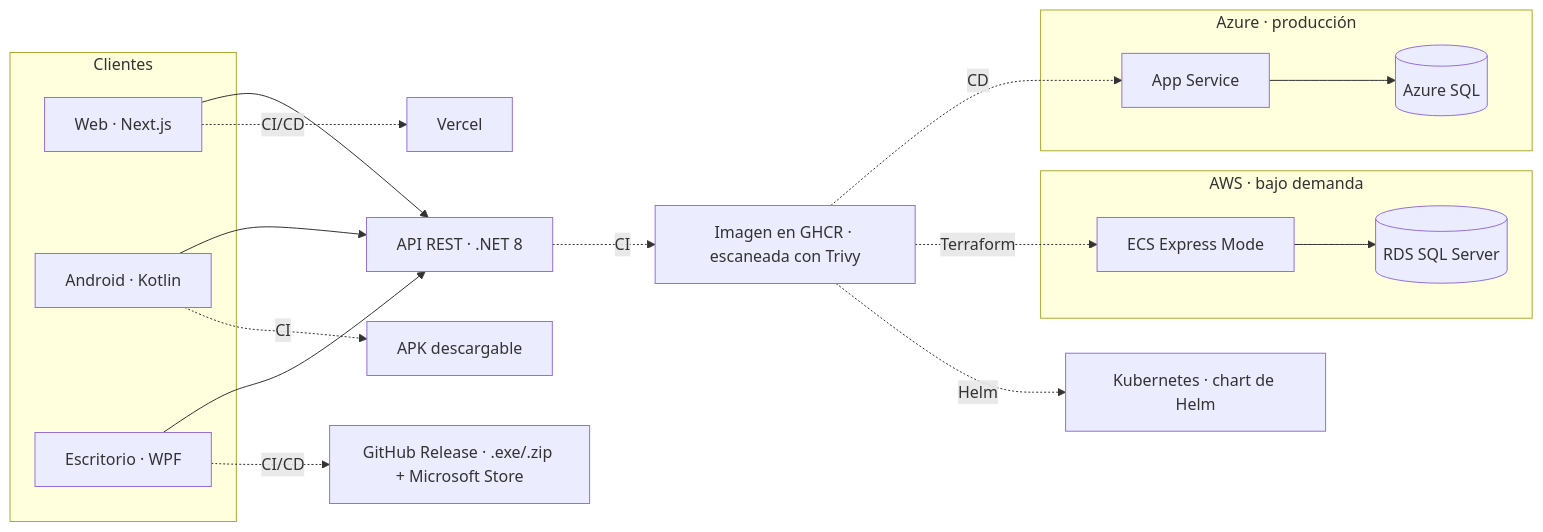
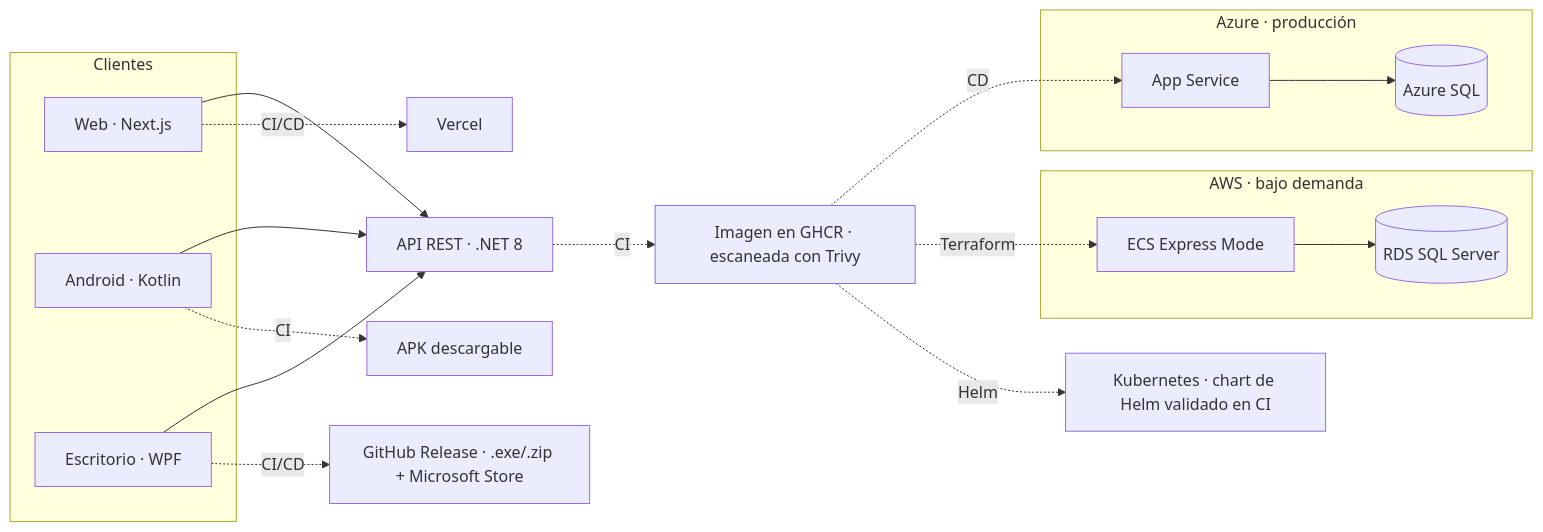
One commit to antonicr1986/antonicr1986 changed the second of 2 diagrams in README.md. Above: the diagram before and after it, drawn with Mermaid. The commit also changed other lines of this file, not shown here.

Commit message:
docs: describe Kubernetes as a CI-validated Helm chart, not a running cluster

````diff
--- a/README.md
+++ b/README.md
@@ -242,34 +242,34 @@
 ```mermaid
 flowchart LR
     subgraph Clientes
         WEB[Web · Next.js]
         AND[Android · Kotlin]
         DESK[Escritorio · WPF]
     end
 
     API[API REST · .NET 8]
 
     subgraph AZURE[Azure · producción]
         AZ[App Service]
         DB[(Azure SQL)]
     end
 
     subgraph AWSC[AWS · bajo demanda]
         ECS[ECS Express Mode]
         RDS[(RDS SQL Server)]
     end
 
     WEB --> API
     AND --> API
     DESK --> API
     AZ --> DB
     ECS --> RDS
 
     API -. CI .-> GHCR[Imagen en GHCR · escaneada con Trivy]
     GHCR -. CD .-> AZ
     GHCR -. Terraform .-> ECS
     WEB -. CI/CD .-> VER[Vercel]
     AND -. CI .-> APK[APK descargable]
     DESK -. CI/CD .-> REL[GitHub Release · .exe/.zip + Microsoft Store]
-    GHCR -. Helm .-> K8S[Kubernetes · chart de Helm]
+    GHCR -. Helm .-> K8S[Kubernetes · chart de Helm validado en CI]
 ```
````
